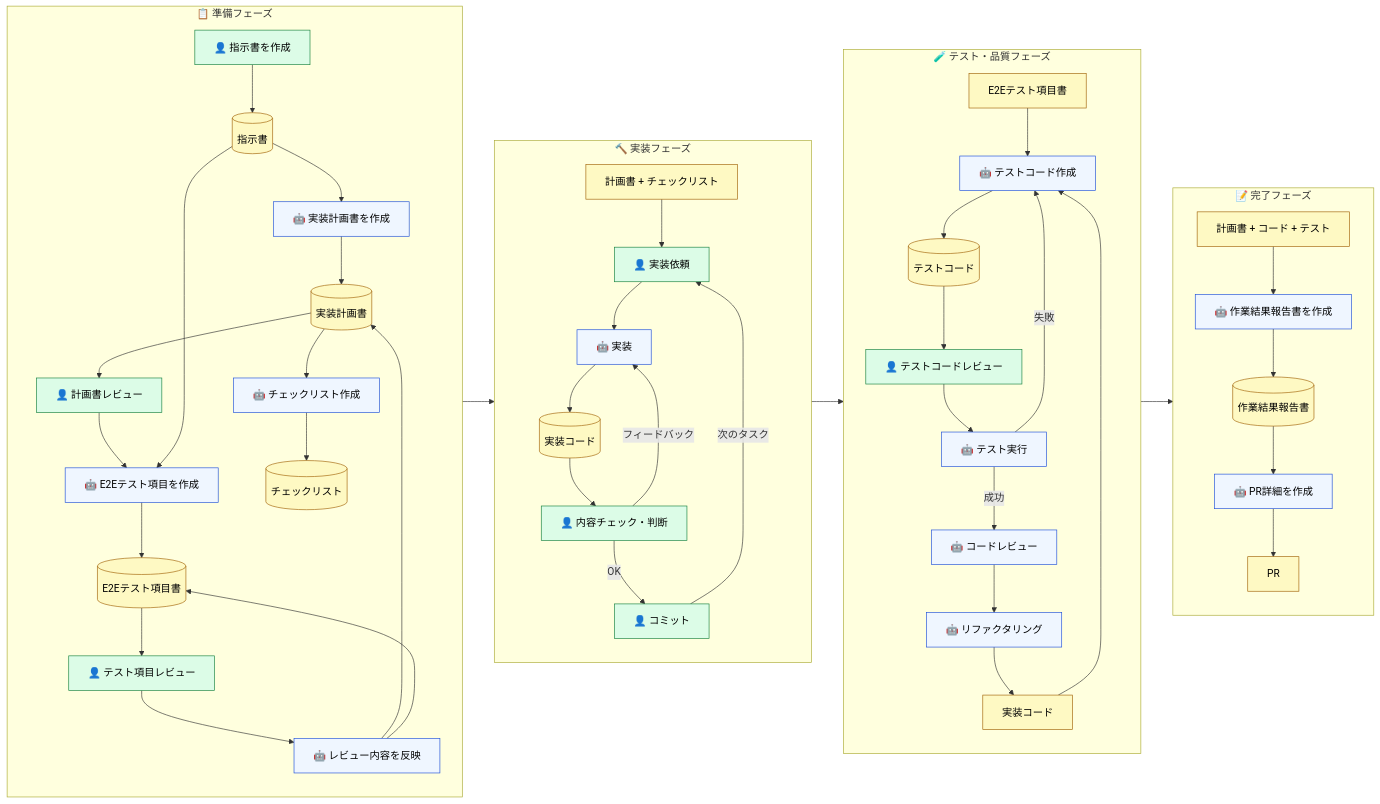
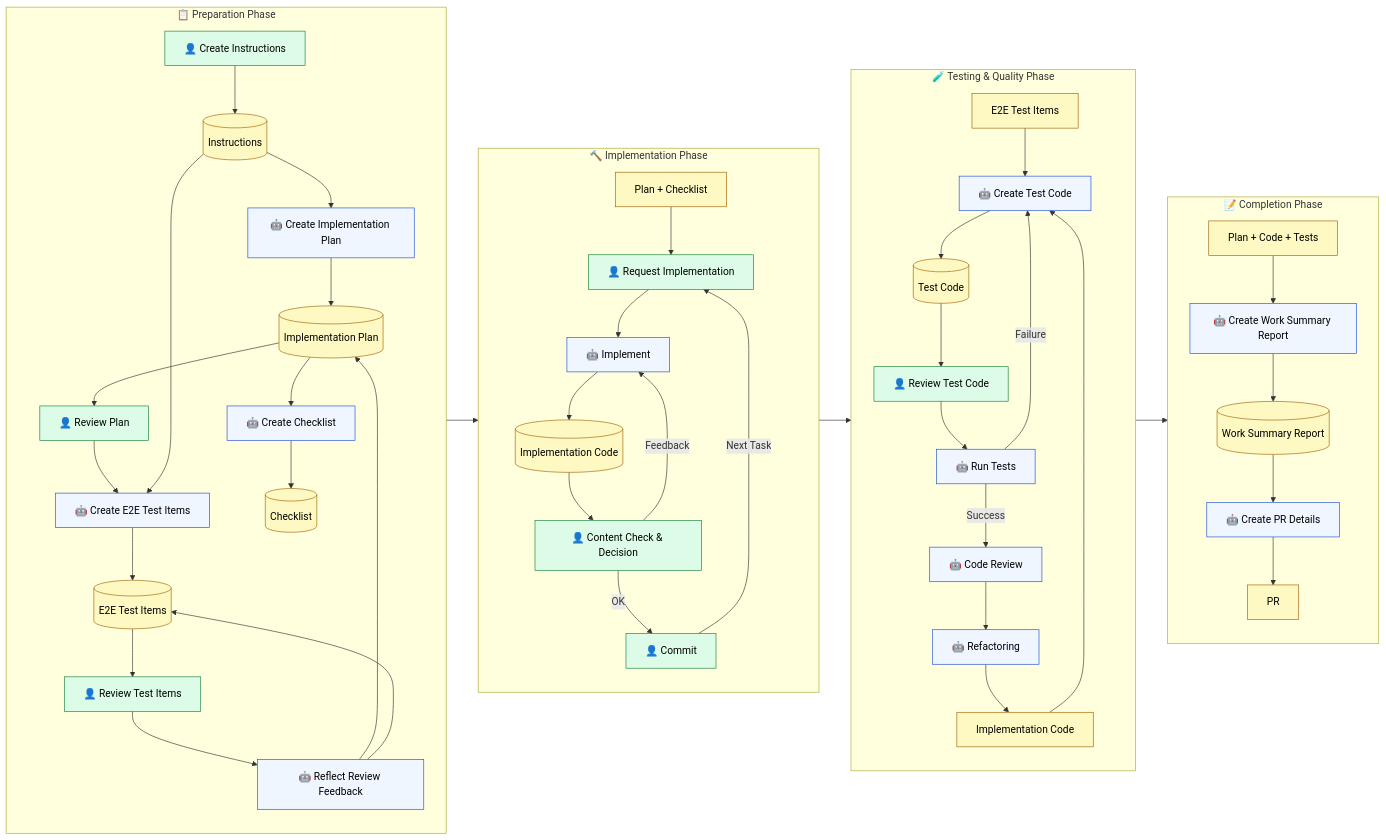
One commit to shuji-bonji/understanding-llm-through-claude-code changed the diagram in docs/09-cross-llm-principles/prompt-driven-development.md. Above: the diagram before and after it, drawn with Mermaid. The commit also changed other lines of this file and 100 other files, not shown here.

````diff
--- a/docs/09-cross-llm-principles/prompt-driven-development.md
+++ b/docs/09-cross-llm-principles/prompt-driven-development.md
@@ -24,51 +26,51 @@
 ```mermaid
 flowchart LR
-    subgraph PREP["📋 準備フェーズ"]
+    subgraph PREP["📋 Preparation Phase"]
         direction TB
-        U1["👤 指示書を作成"] --> Spec[("指示書")]
-        Spec --> L1["🤖 実装計画書を作成"]
-        L1 --> Plan[("実装計画書")]
-        Plan --> U2["👤 計画書レビュー"]
-        U2 --> L2["🤖 E2Eテスト項目を作成"]
+        U1["👤 Create Instructions"] --> Spec[("Instructions")]
+        Spec --> L1["🤖 Create Implementation Plan"]
+        L1 --> Plan[("Implementation Plan")]
+        Plan --> U2["👤 Review Plan"]
+        U2 --> L2["🤖 Create E2E Test Items"]
         Spec --> L2
-        L2 --> E2E[("E2Eテスト項目書")]
-        E2E --> U3["👤 テスト項目レビュー"]
-        U3 --> L3["🤖 レビュー内容を反映"]
+        L2 --> E2E[("E2E Test Items")]
+        E2E --> U3["👤 Review Test Items"]
+        U3 --> L3["🤖 Reflect Review Feedback"]
         L3 --> Plan
         L3 --> E2E
-        Plan --> L4["🤖 チェックリスト作成"]
-        L4 --> CL[("チェックリスト")]
+        Plan --> L4["🤖 Create Checklist"]
+        L4 --> CL[("Checklist")]
     end
 
-    subgraph IMPL["🔨 実装フェーズ"]
+    subgraph IMPL["🔨 Implementation Phase"]
         direction TB
-        Plan2["計画書 + チェックリスト"] --> U4["👤 実装依頼"]
-        U4 --> L5["🤖 実装"]
-        L5 --> Code[("実装コード")]
-        Code --> U5["👤 内容チェック・判断"]
-        U5 -->|"フィードバック"| L5
-        U5 -->|"OK"| U6["👤 コミット"]
-        U6 -->|"次のタスク"| U4
+        Plan2["Plan + Checklist"] --> U4["👤 Request Implementation"]
+        U4 --> L5["🤖 Implement"]
+        L5 --> Code[("Implementation Code")]
+        Code --> U5["👤 Content Check & Decision"]
+        U5 -->|"Feedback"| L5
+        U5 -->|"OK"| U6["👤 Commit"]
+        U6 -->|"Next Task"| U4
     end
 
-    subgraph TEST["🧪 テスト・品質フェーズ"]
+    subgraph TEST["🧪 Testing & Quality Phase"]
         direction TB
-        E2E2["E2Eテスト項目書"] --> L6["🤖 テストコード作成"]
-        Code2["実装コード"] --> L6
-        L6 --> Test[("テストコード")]
-        Test --> U7["👤 テストコードレビュー"]
-        U7 --> L7["🤖 テスト実行"]
-        L7 -->|"失敗"| L6
-        L7 -->|"成功"| L8["🤖 コードレビュー"]
-        L8 --> L9["🤖 リファクタリング"]
+        E2E2["E2E Test Items"] --> L6["🤖 Create Test Code"]
+        Code2["Implementation Code"] --> L6
+        L6 --> Test[("Test Code")]
+        Test --> U7["👤 Review Test Code"]
+        U7 --> L7["🤖 Run Tests"]
+        L7 -->|"Failure"| L6
+        L7 -->|"Success"| L8["🤖 Code Review"]
+        L8 --> L9["🤖 Refactoring"]
         L9 --> Code2
     end
 
-    subgraph DONE["📝 完了フェーズ"]
+    subgraph DONE["📝 Completion Phase"]
         direction TB
-        AllDocs["計画書 + コード + テスト"] --> L10["🤖 作業結果報告書を作成"]
-        L10 --> Report[("作業結果報告書")]
-        Report --> L11["🤖 PR詳細を作成"]
+        AllDocs["Plan + Code + Tests"] --> L10["🤖 Create Work Summary Report"]
+        L10 --> Report[("Work Summary Report")]
+        Report --> L11["🤖 Create PR Details"]
         L11 --> PR["PR"]
     end
 
@@ -110,5 +112,4 @@
     style L10 fill:#eff6ff,stroke:#1d4ed8,color:#000
     style L11 fill:#eff6ff,stroke:#1d4ed8,color:#000
 
-
 ```
````
